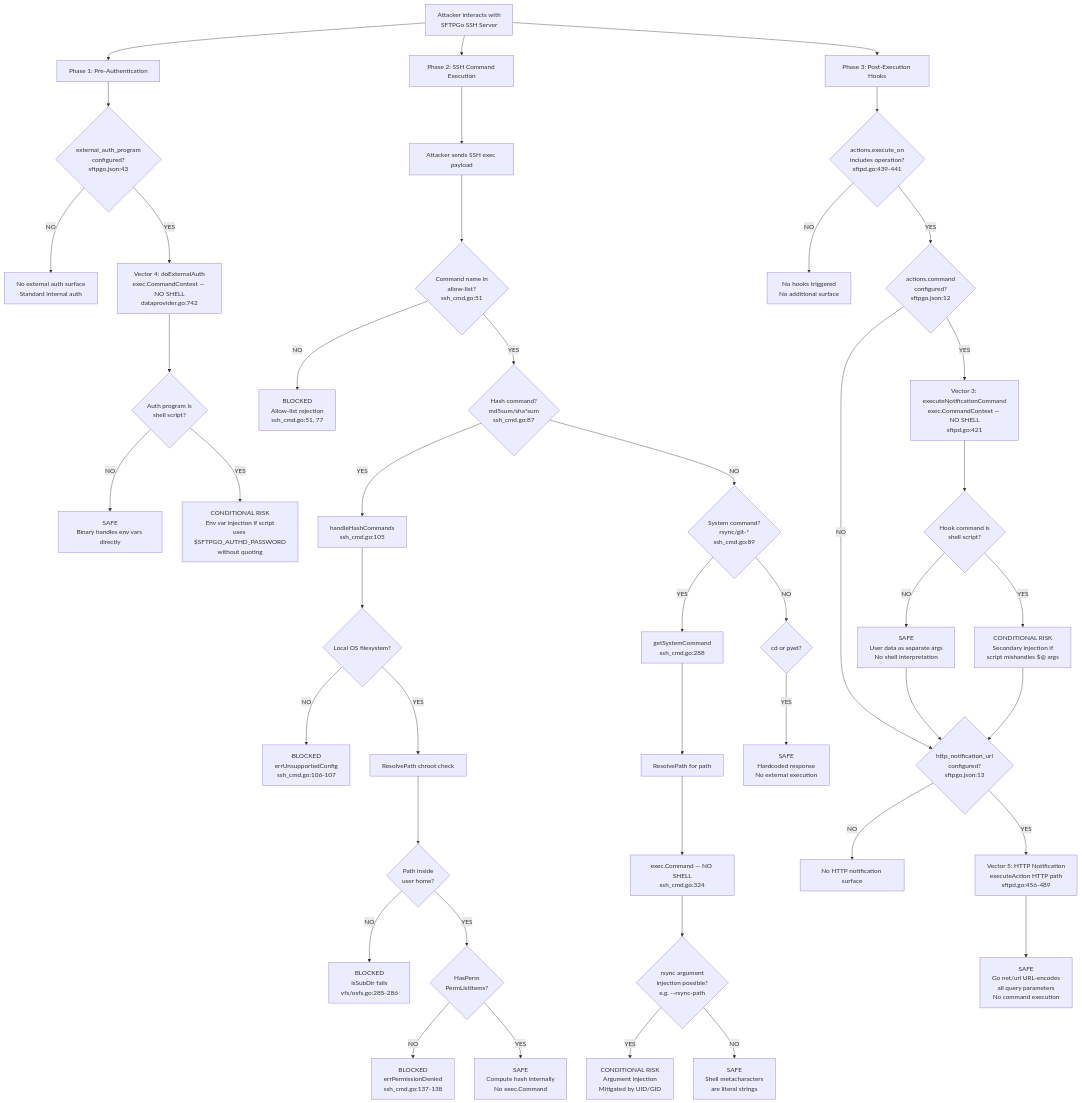
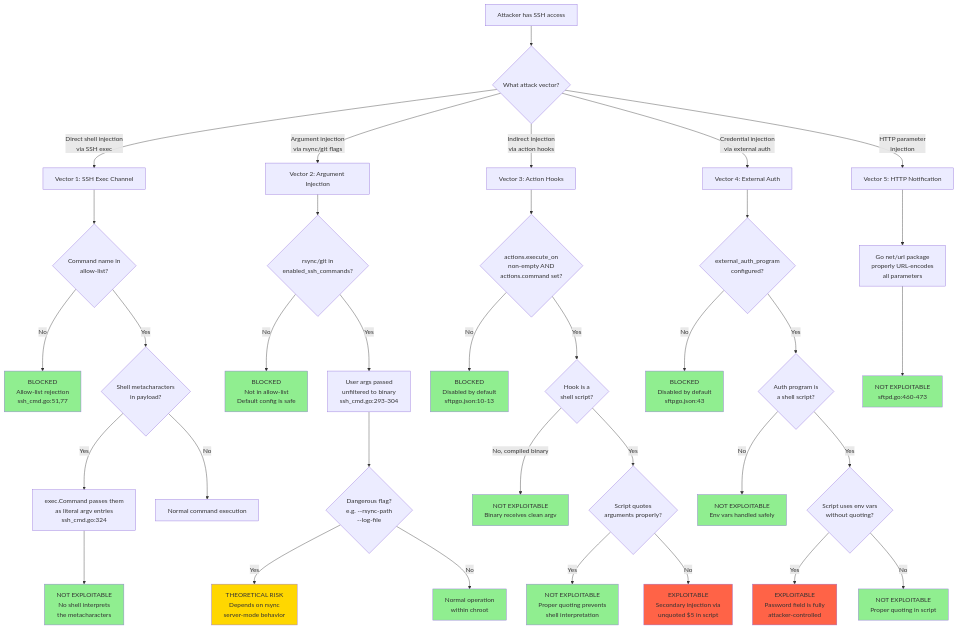
One commit to blitzy-research/sftpgo changed the second of 2 diagrams in blitzy/documentation/sftpgo_44634210287c.md. Above: the diagram before and after it, drawn with Mermaid. The commit also changed other lines of this file, not shown here.

First line of the commit message:
Create comprehensive command injection security audit analysis document

````diff
--- a/blitzy/documentation/sftpgo_44634210287c.md
+++ b/blitzy/documentation/sftpgo_44634210287c.md
@@ -1196,54 +1318,57 @@
 ```mermaid
 flowchart TD
-    START["Attacker interacts with<br/>SFTPGo SSH Server"] --> PHASE1["Phase 1: Pre-Authentication"]
-    START --> PHASE2["Phase 2: SSH Command Execution"]
-    START --> PHASE3["Phase 3: Post-Execution Hooks"]
+    START[Attacker has SSH access] --> Q1{What attack vector?}
 
-    %% === Vector 4: External Auth Program (Pre-Authentication) ===
-    PHASE1 --> V4CFG{"external_auth_program<br/>configured?<br/>sftpgo.json:43"}
-    V4CFG -- NO --> V4NONE["No external auth surface<br/>Standard internal auth"]
-    V4CFG -- YES --> V4["Vector 4: doExternalAuth<br/>exec.CommandContext — NO SHELL<br/>dataprovider.go:742"]
-    V4 --> V4SHELL{"Auth program is<br/>shell script?"}
-    V4SHELL -- NO --> V4SAFE["SAFE<br/>Binary handles env vars directly"]
-    V4SHELL -- YES --> V4RISK["CONDITIONAL RISK<br/>Env var injection if script<br/>uses $SFTPGO_AUTHD_PASSWORD<br/>without quoting"]
+    Q1 -->|Direct shell injection<br/>via SSH exec| V1[Vector 1: SSH Exec Channel]
+    V1 --> V1A{Command name in<br/>allow-list?}
+    V1A -->|No| V1BLOCK[BLOCKED<br/>Allow-list rejection<br/>ssh_cmd.go:51,77]
+    V1A -->|Yes| V1B{Shell metacharacters<br/>in payload?}
+    V1B -->|Yes| V1C[exec.Command passes them<br/>as literal argv entries<br/>ssh_cmd.go:324]
+    V1C --> V1SAFE[NOT EXPLOITABLE<br/>No shell interprets<br/>the metacharacters]
+    V1B -->|No| V1D[Normal command execution]
 
-    %% === Vectors 1 & 2: SSH Exec Channel (Command Execution) ===
-    PHASE2 --> A["Attacker sends SSH exec payload"]
-    A --> B{"Command name in<br/>allow-list?<br/>ssh_cmd.go:51"}
-    B -- NO --> C["BLOCKED<br/>Allow-list rejection<br/>ssh_cmd.go:51, 77"]
-    B -- YES --> D{"Hash command?<br/>md5sum/sha*sum<br/>ssh_cmd.go:87"}
-    D -- YES --> E["handleHashCommands<br/>ssh_cmd.go:105"]
-    E --> F{"Local OS filesystem?"}
-    F -- NO --> G["BLOCKED<br/>errUnsupportedConfig<br/>ssh_cmd.go:106-107"]
-    F -- YES --> H["ResolvePath chroot check"]
-    H --> I{"Path inside<br/>user home?"}
-    I -- NO --> J["BLOCKED<br/>isSubDir fails<br/>vfs/osfs.go:285-286"]
-    I -- YES --> K{"HasPerm<br/>PermListItems?"}
-    K -- NO --> L["BLOCKED<br/>errPermissionDenied<br/>ssh_cmd.go:137-138"]
-    K -- YES --> M["SAFE<br/>Compute hash internally<br/>No exec.Command"]
-    D -- NO --> N{"System command?<br/>rsync/git-*<br/>ssh_cmd.go:89"}
-    N -- YES --> O["getSystemCommand<br/>ssh_cmd.go:288"]
-    O --> P["ResolvePath for path"]
-    P --> Q["exec.Command — NO SHELL<br/>ssh_cmd.go:324"]
-    Q --> R{"rsync argument<br/>injection possible?<br/>e.g. --rsync-path"}
-    R -- YES --> S["CONDITIONAL RISK<br/>Argument injection<br/>Mitigated by UID/GID"]
-    R -- NO --> T["SAFE<br/>Shell metacharacters<br/>are literal strings"]
-    N -- NO --> U{"cd or pwd?"}
-    U -- YES --> V["SAFE<br/>Hardcoded response<br/>No external execution"]
+    Q1 -->|Argument injection<br/>via rsync/git flags| V2[Vector 2: Argument Injection]
+    V2 --> V2A{rsync/git in<br/>enabled_ssh_commands?}
+    V2A -->|No| V2BLOCK[BLOCKED<br/>Not in allow-list<br/>Default config is safe]
+    V2A -->|Yes| V2B[User args passed<br/>unfiltered to binary<br/>ssh_cmd.go:293-304]
+    V2B --> V2C{Dangerous flag?<br/>e.g. --rsync-path<br/>--log-file}
+    V2C -->|Yes| V2RISK[THEORETICAL RISK<br/>Depends on rsync<br/>server-mode behavior]
+    V2C -->|No| V2SAFE[Normal operation<br/>within chroot]
 
-    %% === Vectors 3 & 5: Post-Execution Action Hooks ===
-    PHASE3 --> POSTCFG{"actions.execute_on<br/>includes operation?<br/>sftpd.go:439-441"}
-    POSTCFG -- NO --> POSTDONE["No hooks triggered<br/>No additional surface"]
-    POSTCFG -- YES --> V3CFG{"actions.command<br/>configured?<br/>sftpgo.json:12"}
-    V3CFG -- YES --> V3["Vector 3: executeNotificationCommand<br/>exec.CommandContext — NO SHELL<br/>sftpd.go:421"]
-    V3 --> V3SHELL{"Hook command is<br/>shell script?"}
-    V3SHELL -- NO --> V3SAFE["SAFE<br/>User data as separate args<br/>No shell interpretation"]
-    V3SHELL -- YES --> V3RISK["CONDITIONAL RISK<br/>Secondary injection if<br/>script mishandles $@ args"]
-    V3CFG -- NO --> V5CFG
-    V3SAFE --> V5CFG
-    V3RISK --> V5CFG
-    V5CFG{"http_notification_url<br/>configured?<br/>sftpgo.json:13"}
-    V5CFG -- NO --> POSTDONE2["No HTTP notification surface"]
-    V5CFG -- YES --> V5["Vector 5: HTTP Notification<br/>executeAction HTTP path<br/>sftpd.go:456-489"]
-    V5 --> V5SAFE["SAFE<br/>Go net/url URL-encodes<br/>all query parameters<br/>No command execution"]
+    Q1 -->|Indirect injection<br/>via action hooks| V3[Vector 3: Action Hooks]
+    V3 --> V3A{actions.execute_on<br/>non-empty AND<br/>actions.command set?}
+    V3A -->|No| V3BLOCK[BLOCKED<br/>Disabled by default<br/>sftpgo.json:10-13]
+    V3A -->|Yes| V3B{Hook is a<br/>shell script?}
+    V3B -->|No, compiled binary| V3SAFE[NOT EXPLOITABLE<br/>Binary receives clean argv]
+    V3B -->|Yes| V3C{Script quotes<br/>arguments properly?}
+    V3C -->|Yes| V3SAFE2[NOT EXPLOITABLE<br/>Proper quoting prevents<br/>shell interpretation]
+    V3C -->|No| V3VULN[EXPLOITABLE<br/>Secondary injection via<br/>unquoted $5 in script]
+
+    Q1 -->|Credential injection<br/>via external auth| V4[Vector 4: External Auth]
+    V4 --> V4A{external_auth_program<br/>configured?}
+    V4A -->|No| V4BLOCK[BLOCKED<br/>Disabled by default<br/>sftpgo.json:43]
+    V4A -->|Yes| V4B{Auth program is<br/>a shell script?}
+    V4B -->|No| V4SAFE[NOT EXPLOITABLE<br/>Env vars handled safely]
+    V4B -->|Yes| V4C{Script uses env vars<br/>without quoting?}
+    V4C -->|Yes| V4VULN[EXPLOITABLE<br/>Password field is fully<br/>attacker-controlled]
+    V4C -->|No| V4SAFE2[NOT EXPLOITABLE<br/>Proper quoting in script]
+
+    Q1 -->|HTTP parameter<br/>injection| V5[Vector 5: HTTP Notification]
+    V5 --> V5A[Go net/url package<br/>properly URL-encodes<br/>all parameters]
+    V5A --> V5SAFE[NOT EXPLOITABLE<br/>sftpd.go:460-473]
+
+    style V1BLOCK fill:#90EE90
+    style V1SAFE fill:#90EE90
+    style V2BLOCK fill:#90EE90
+    style V2RISK fill:#FFD700
+    style V2SAFE fill:#90EE90
+    style V3BLOCK fill:#90EE90
+    style V3SAFE fill:#90EE90
+    style V3SAFE2 fill:#90EE90
+    style V3VULN fill:#FF6347
+    style V4BLOCK fill:#90EE90
+    style V4SAFE fill:#90EE90
+    style V4SAFE2 fill:#90EE90
+    style V4VULN fill:#FF6347
+    style V5SAFE fill:#90EE90
 ```
````
